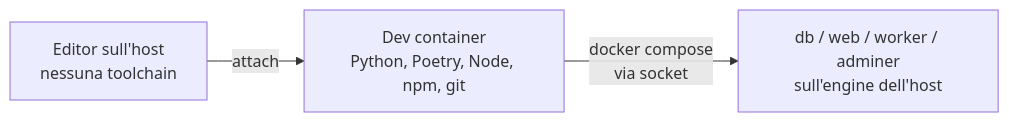
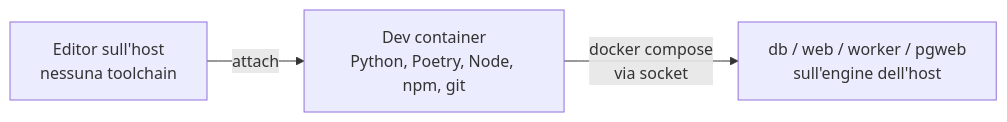
The first of 2 diagrams in docs-ita/infrastructure/dev-container.md (caporalesimone/watch-em-all), drawn with Mermaid before and after one commit. The commit also changed other lines of this file and 16 other files, not shown here.

First line of the commit message:
4.B0b — Swap Adminer → pgweb (browser DB di sviluppo)

````diff
--- a/docs-ita/infrastructure/dev-container.md
+++ b/docs-ita/infrastructure/dev-container.md
@@ -51,5 +51,5 @@
 ```mermaid
 flowchart LR
     E[Editor sull'host<br/>nessuna toolchain] -->|attach| DC[Dev container<br/>Python, Poetry, Node, npm, git]
-    DC -->|docker compose<br/>via socket| STACK[db / web / worker / adminer<br/>sull'engine dell'host]
+    DC -->|docker compose<br/>via socket| STACK[db / web / worker / pgweb<br/>sull'engine dell'host]
 ```
````
